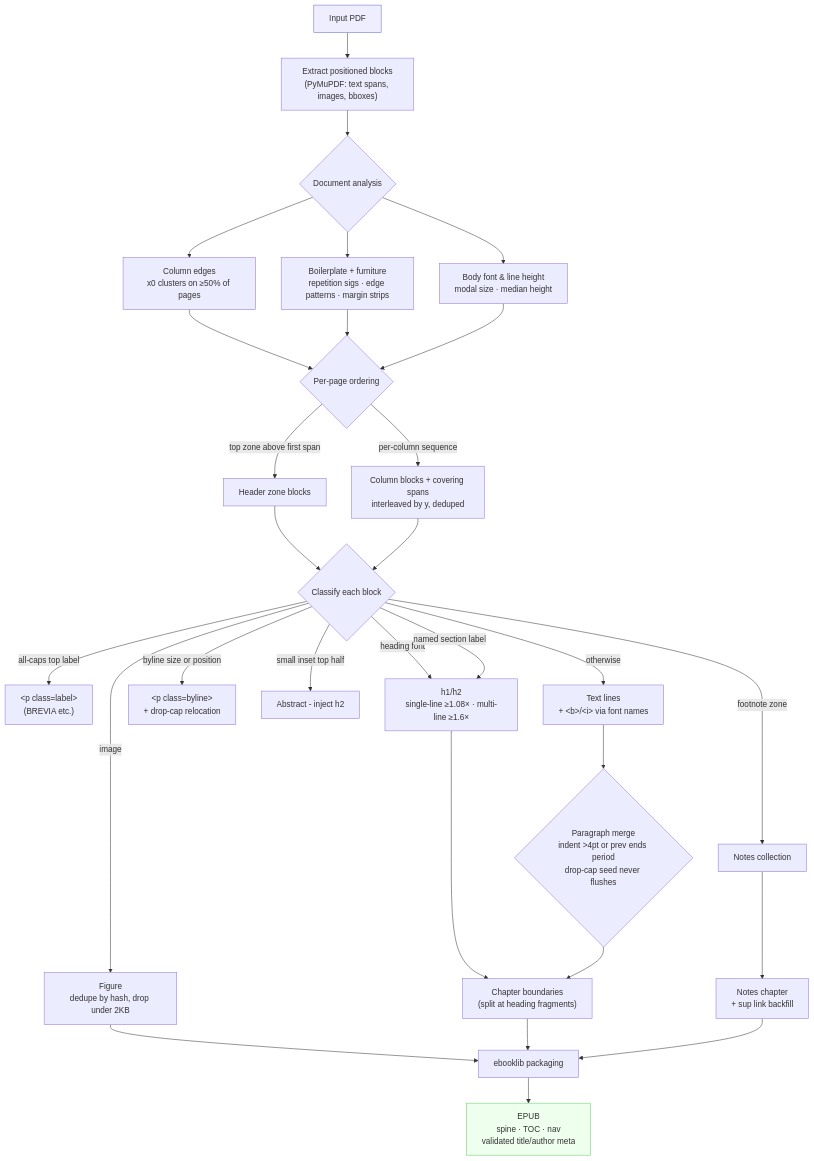
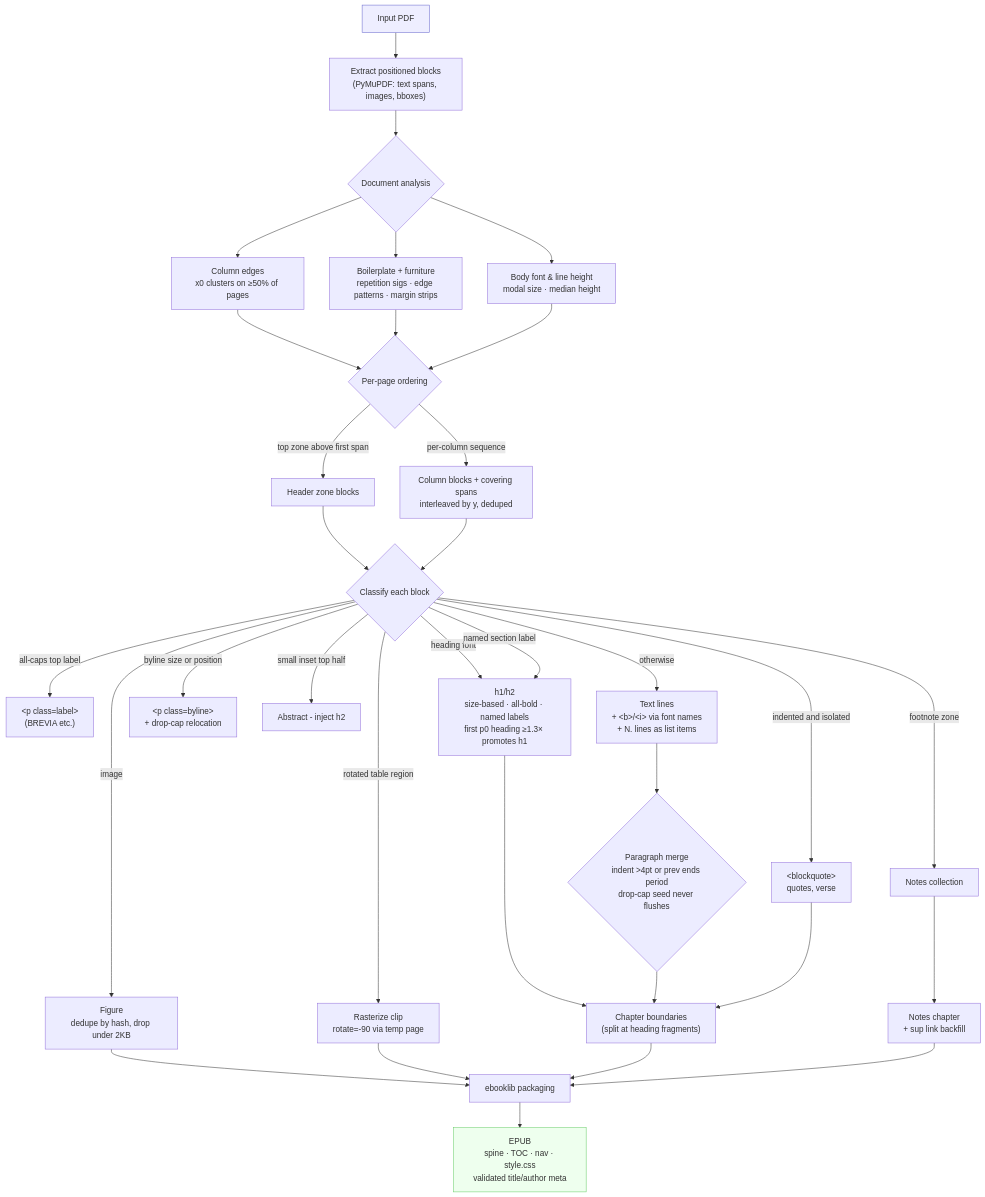
The diagram in docs/pipeline.md (adzkar/exegesis), drawn with Mermaid before and after one commit. The commit also changed other lines of this file and 2 other files, not shown here.

Commit message:
Docs: blockquote/list/table-image notes in pipeline + agents + skill
- pipeline.md: new classification branches (rotated table rasterize,
  blockquote, list items, named labels, h1 promotion) and matching rows
  in the detection-signals table; mentions style.css.
- AGENTS.md: document bold-heading path, h1 promotion, acknowledgment-
  pattern footnotes, page-number drop, list/blockquote rules, rotated
  table handling, metadata validation, embedded stylesheet.
- SKILL.md: same behavior summary, plus horizontal-table limitation.

Generated with [Devin](https://devin.ai)

````diff
--- a/docs/pipeline.md
+++ b/docs/pipeline.md
@@ -5,36 +5,40 @@
 ```mermaid
 flowchart TD
     A[Input PDF] --> B["Extract positioned blocks<br/>(PyMuPDF: text spans, images, bboxes)"]
     B --> C{Document analysis}
 
     C --> D["Column edges<br/>x0 clusters on ≥50% of pages"]
     C --> E["Boilerplate + furniture<br/>repetition sigs · edge patterns · margin strips"]
     C --> F["Body font &amp; line height<br/>modal size · median height"]
 
     D & E & F --> G{Per-page ordering}
     G -->|top zone above first span| H["Header zone blocks"]
     G -->|per-column sequence| I["Column blocks + covering spans<br/>interleaved by y, deduped"]
 
     H & I --> J{Classify each block}
 
     J -->|image| K["Figure<br/>dedupe by hash, drop under 2KB"]
     J -->|footnote zone| L["Notes collection"]
+    J -->|rotated table region| K2["Rasterize clip<br/>rotate=-90 via temp page"]
     J -->|all-caps top label| M["&lt;p class=label&gt;<br/>(BREVIA etc.)"]
-    J -->|heading font| N["h1/h2<br/>single-line ≥1.08× · multi-line ≥1.6×"]
+    J -->|heading font| N["h1/h2<br/>size-based · all-bold · named labels<br/>first p0 heading ≥1.3× promotes h1"]
+    J -->|named section label| N
     J -->|byline size or position| O["&lt;p class=byline&gt;<br/>+ drop-cap relocation"]
-    J -->|named section label| N
     J -->|small inset top half| P["Abstract - inject h2"]
-    J -->|otherwise| Q["Text lines<br/>+ &lt;b&gt;/&lt;i&gt; via font names"]
+    J -->|indented and isolated| Q2["&lt;blockquote&gt;<br/>quotes, verse"]
+    J -->|otherwise| Q["Text lines<br/>+ &lt;b&gt;/&lt;i&gt; via font names<br/>+ N. lines as list items"]
 
     Q --> R{"Paragraph merge<br/>indent &gt;4pt or prev ends period<br/>drop-cap seed never flushes"}
     N --> S["Chapter boundaries<br/>(split at heading fragments)"]
     R --> S
+    Q2 --> S
     L --> T["Notes chapter<br/>+ sup link backfill"]
     K --> U[ebooklib packaging]
+    K2 --> U
     S --> U
     T --> U
-    U --> V["EPUB<br/>spine · TOC · nav<br/>validated title/author meta"]
+    U --> V["EPUB<br/>spine · TOC · nav · style.css<br/>validated title/author meta"]
 
     style A fill:#eef,stroke:#66c
     style V fill:#efe,stroke:#6c6
 ```
````
